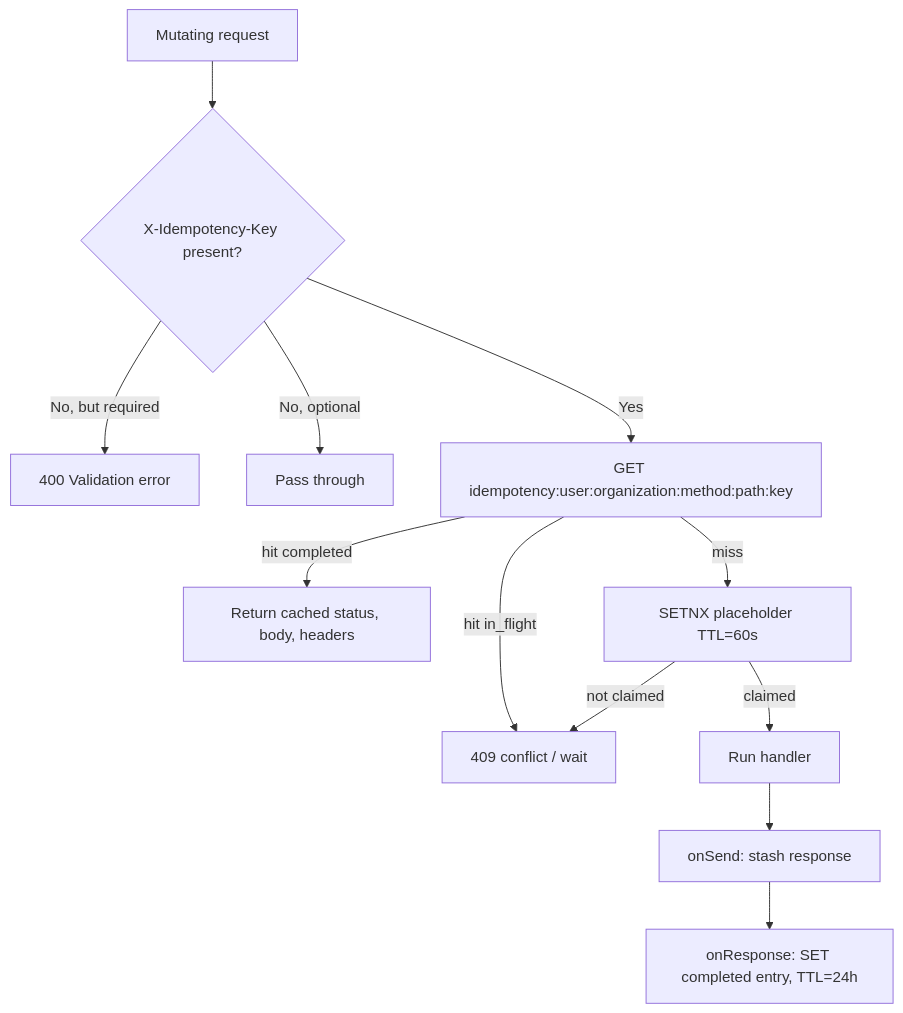
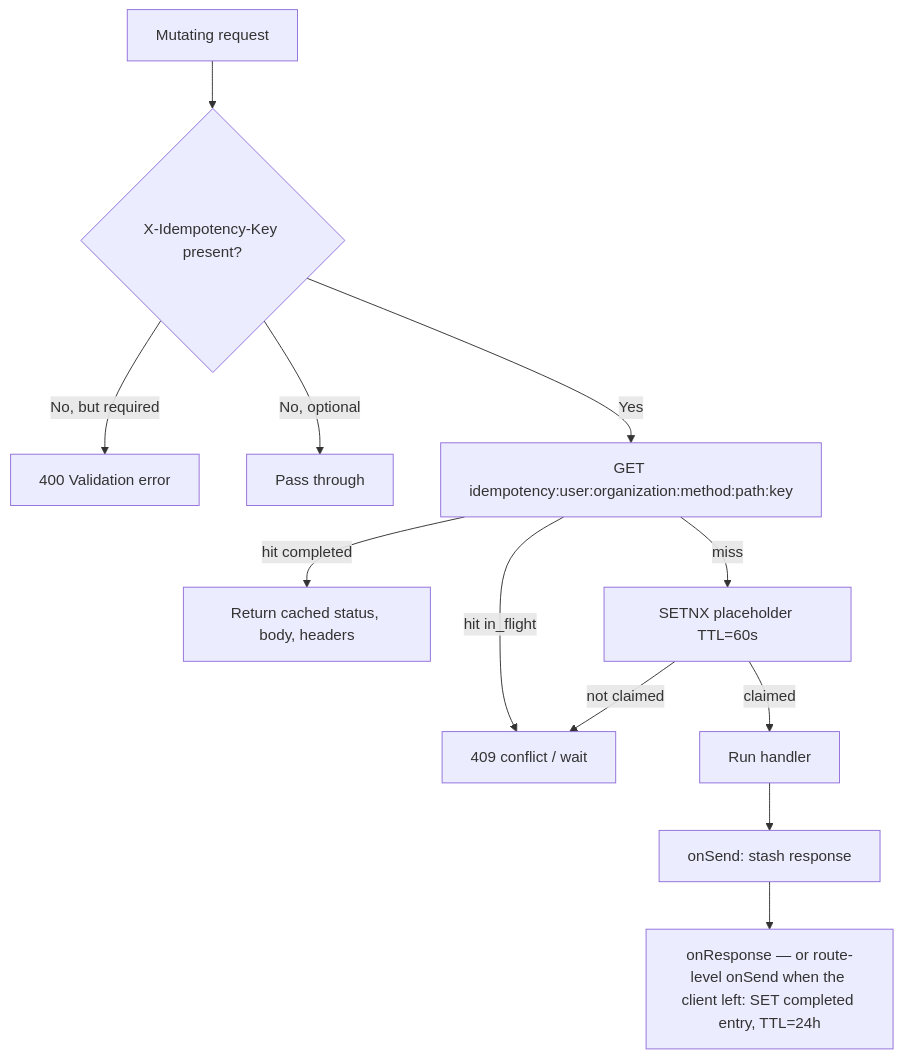
One commit to albetrios/clinozy-be changed the second of 4 diagrams in src/PATTERNS.md. Above: the diagram before and after it, drawn with Mermaid. The commit also changed other lines of this file and 44 other files, not shown here.

````diff
--- a/src/PATTERNS.md
+++ b/src/PATTERNS.md
@@ -89,14 +89,14 @@
 ```mermaid
 flowchart TD
     A[Mutating request] --> B{X-Idempotency-Key present?}
     B -- No, but required --> R[400 Validation error]
     B -- No, optional --> X[Pass through]
     B -- Yes --> C[GET idempotency:user:organization:method:path:key]
     C -- hit completed --> D[Return cached status, body, headers]
     C -- hit in_flight --> E[409 conflict / wait]
     C -- miss --> F[SETNX placeholder TTL=60s]
     F -- claimed --> G[Run handler]
     G --> H[onSend: stash response]
-    H --> I[onResponse: SET completed entry, TTL=24h]
+    H --> I[onResponse — or route-level onSend when the client left: SET completed entry, TTL=24h]
     F -- not claimed --> E
 ```
````
